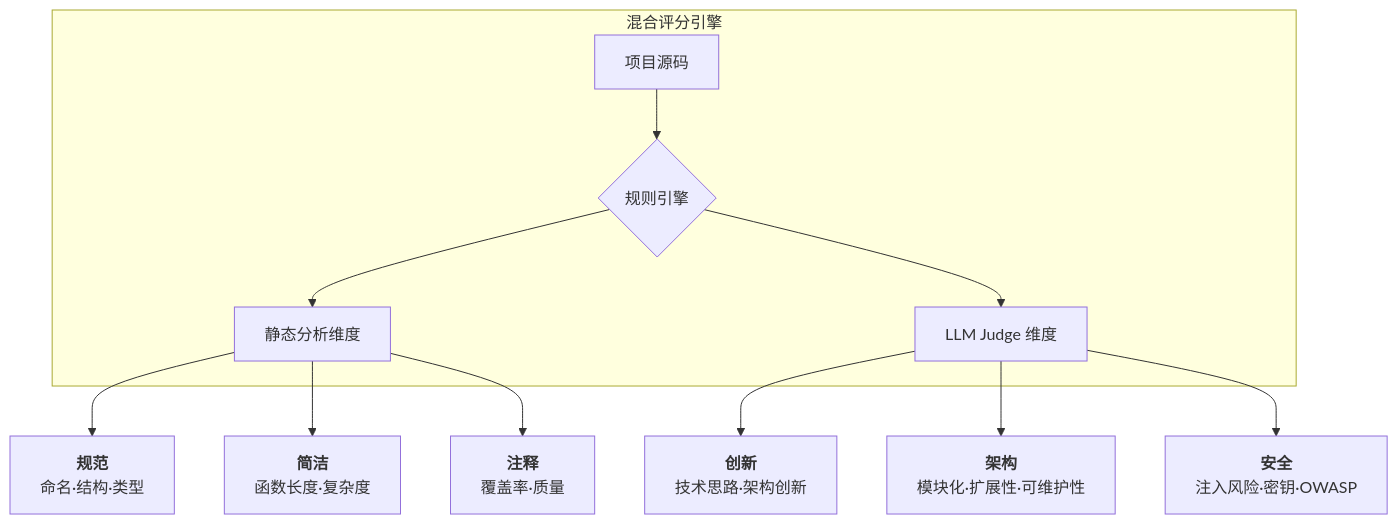
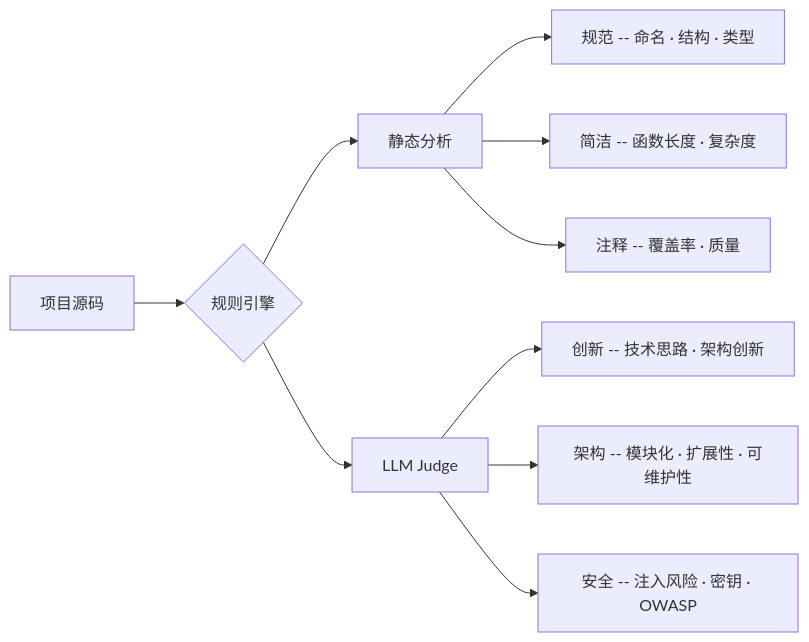
Before and after one commit to linruoxi666/Code-Spec-Plugin: the diagram in README.md, drawn with Mermaid. The commit also changed other lines of this file, not shown here.

Commit message:
fix: replace broken image URL with local logo.png in README

````diff
--- a/README.md
+++ b/README.md
@@ -99,16 +99,14 @@
 ```mermaid
-graph TB
-    subgraph 混合评分引擎
-        A[项目源码] --> B{规则引擎}
-        B --> C[静态分析维度]
-        B --> D[LLM Judge 维度]
-    end
+flowchart LR
+    A[项目源码] --> B{规则引擎}
+    B --> C[静态分析]
+    B --> D[LLM Judge]
 
-    C --> C1["<b>规范</b><br/>命名·结构·类型"]
-    C --> C2["<b>简洁</b><br/>函数长度·复杂度"]
-    C --> C3["<b>注释</b><br/>覆盖率·质量"]
+    C --> C1["规范 -- 命名 · 结构 · 类型"]
+    C --> C2["简洁 -- 函数长度 · 复杂度"]
+    C --> C3["注释 -- 覆盖率 · 质量"]
 
-    D --> D1["<b>创新</b><br/>技术思路·架构创新"]
-    D --> D2["<b>架构</b><br/>模块化·扩展性·可维护性"]
-    D --> D3["<b>安全</b><br/>注入风险·密钥·OWASP"]
+    D --> D1["创新 -- 技术思路 · 架构创新"]
+    D --> D2["架构 -- 模块化 · 扩展性 · 可维护性"]
+    D --> D3["安全 -- 注入风险 · 密钥 · OWASP"]
 ```
````
